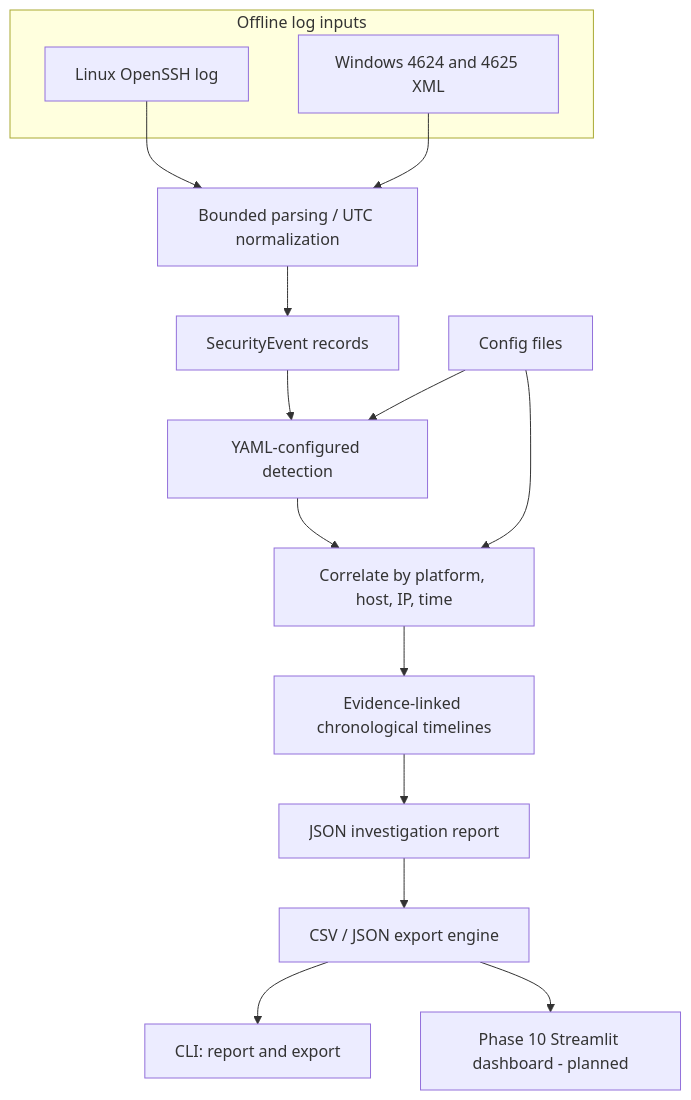
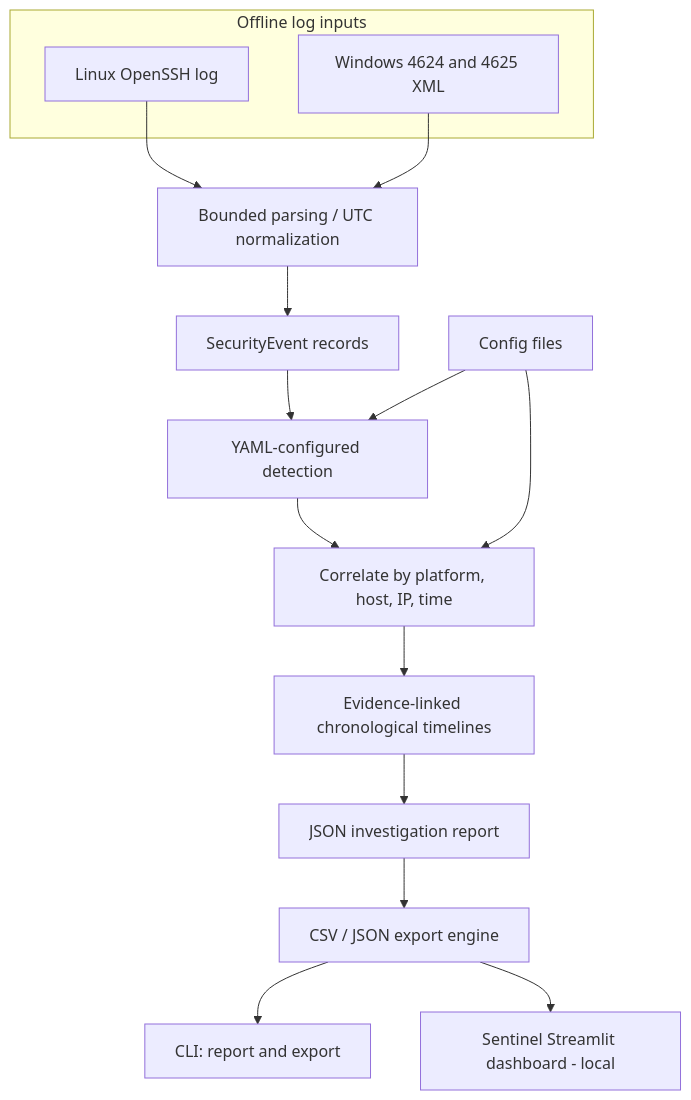
Before and after one commit to Abdullah-Al-Mahi/python-security-log-toolkit: the first of 3 diagrams in docs/ARCHITECTURE.md, drawn with Mermaid. The commit also changed other lines of this file and 24 other files, not shown here.

Commit message:
Implement local Streamlit SOC investigation dashboard

````diff
--- a/docs/ARCHITECTURE.md
+++ b/docs/ARCHITECTURE.md
@@ -12,19 +12,19 @@
 ```mermaid
 flowchart TD
     subgraph In[Offline log inputs]
       L[Linux OpenSSH log]
       W[Windows 4624 and 4625 XML]
     end
     L --> P[Bounded parsing / UTC normalization]
     W --> P
     P --> N[SecurityEvent records]
     N --> D[YAML-configured detection]
     D --> C[Correlate by platform, host, IP, time]
     C --> I[Evidence-linked chronological timelines]
     I --> R[JSON investigation report]
     R --> E[CSV / JSON export engine]
     E --> CLI[CLI: report and export]
-    E --> DASH[Phase 10 Streamlit dashboard - planned]
+    E --> DASH[Sentinel Streamlit dashboard - local]
     CFG[Config files] --> D
     CFG --> C
 ```
````
